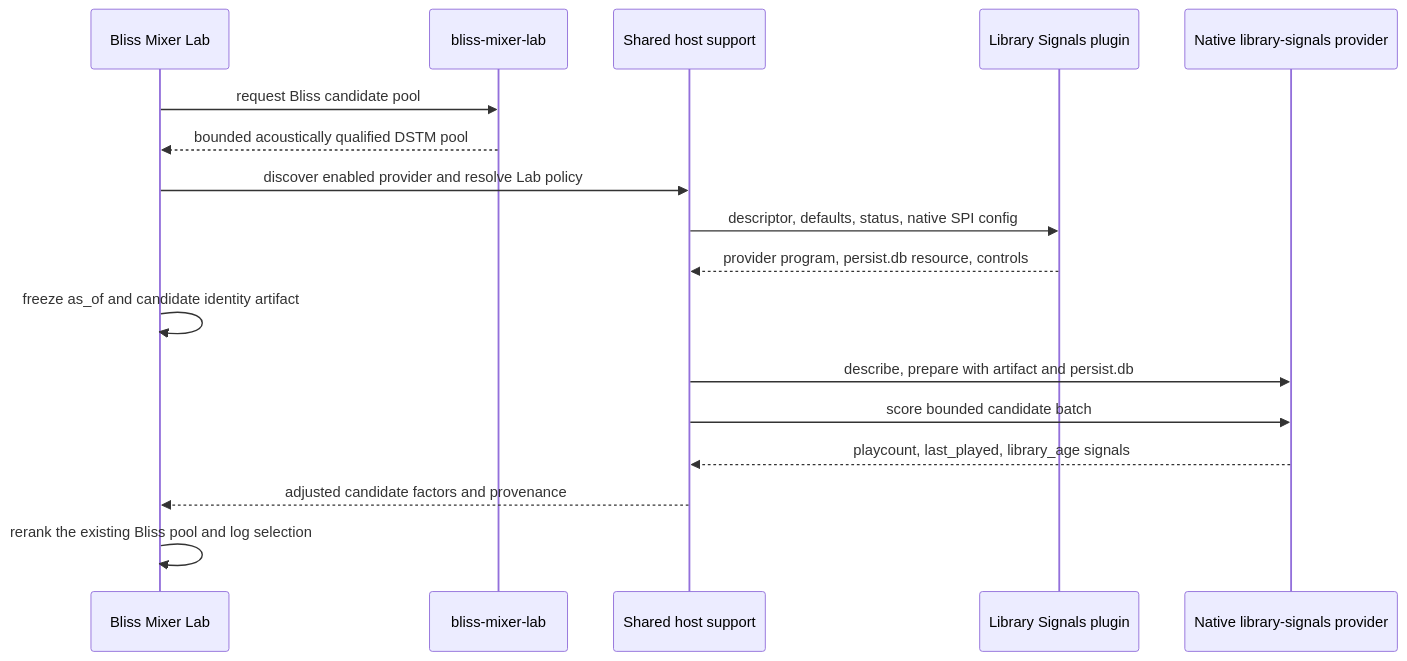
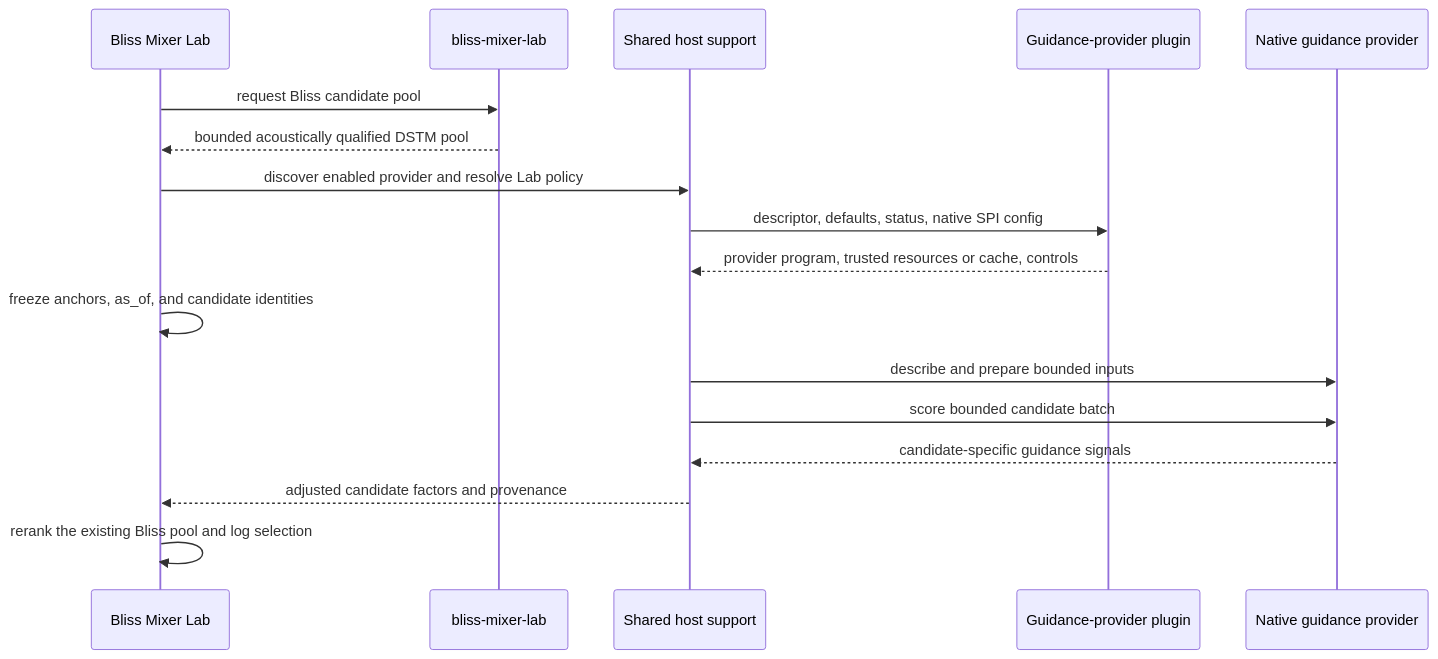
Before and after one commit to chrober/lms-blissmixer-lab: the diagram in GUIDANCE_PROVIDER_HOST_INTEGRATION.md, drawn with Mermaid. The commit also changed other lines of this file and 6 other files, not shown here.

Commit message:
feat: support direct Last.fm API guidance

````diff
--- a/GUIDANCE_PROVIDER_HOST_INTEGRATION.md
+++ b/GUIDANCE_PROVIDER_HOST_INTEGRATION.md
@@ -49,20 +49,20 @@
 ```mermaid
 sequenceDiagram
     participant L as Bliss Mixer Lab
     participant M as bliss-mixer-lab
     participant H as Shared host support
-    participant P as Library Signals plugin
-    participant R as Native library-signals provider
+    participant P as Guidance-provider plugin
+    participant R as Native guidance provider
 
     L->>M: request Bliss candidate pool
     M-->>L: bounded acoustically qualified DSTM pool
     L->>H: discover enabled provider and resolve Lab policy
     H->>P: descriptor, defaults, status, native SPI config
-    P-->>H: provider program, persist.db resource, controls
-    L->>L: freeze as_of and candidate identity artifact
-    H->>R: describe, prepare with artifact and persist.db
+    P-->>H: provider program, trusted resources or cache, controls
+    L->>L: freeze anchors, as_of, and candidate identities
+    H->>R: describe and prepare bounded inputs
     H->>R: score bounded candidate batch
-    R-->>H: playcount, last_played, library_age signals
+    R-->>H: candidate-specific guidance signals
     H-->>L: adjusted candidate factors and provenance
     L->>L: rerank the existing Bliss pool and log selection
 ```
````
